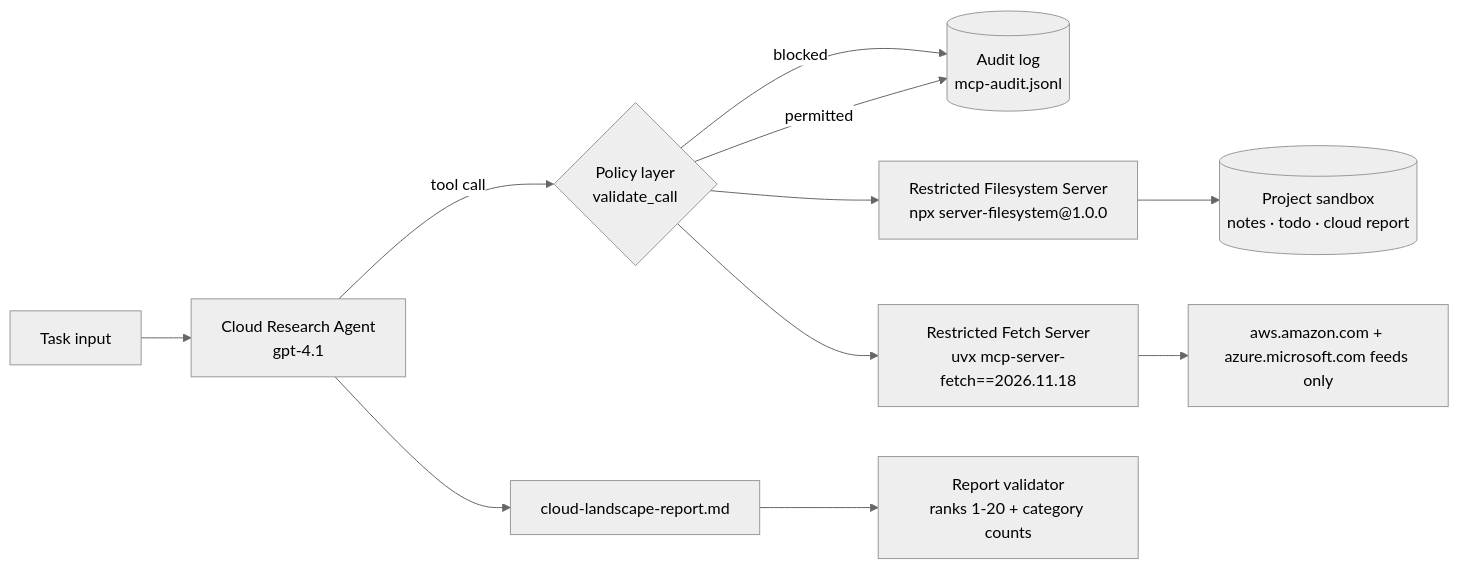
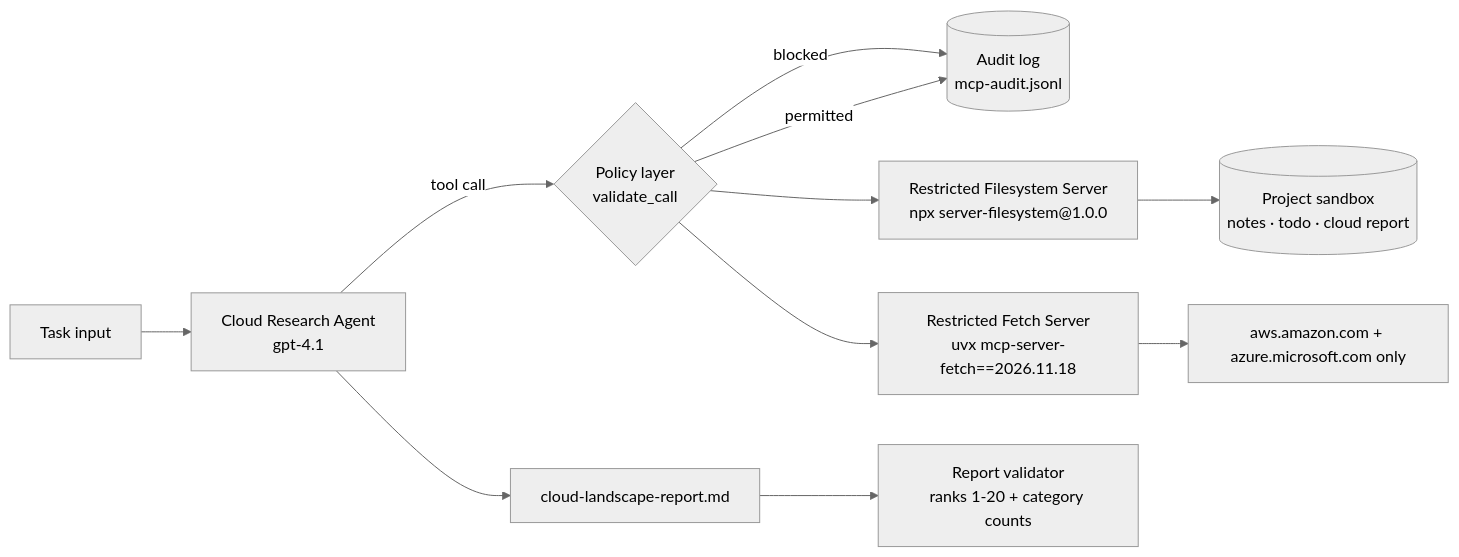
Before and after one commit to emran-Automation-Techlead/hardened-mcp-research-agent: the diagram in README.md, drawn with Mermaid (neutral theme). The commit also changed other lines of this file and 13 other files, not shown here.

````diff
--- a/README.md
+++ b/README.md
@@ -24,13 +24,13 @@
 ```mermaid
 flowchart LR
     U[Task input] --> A[Cloud Research Agent<br/>gpt-4.1]
     A -->|tool call| P{Policy layer<br/>validate_call}
     P -->|blocked| L[(Audit log<br/>mcp-audit.jsonl)]
     P -->|permitted| L
     P --> FS[Restricted Filesystem Server<br/>npx server-filesystem@1.0.0]
     P --> FE[Restricted Fetch Server<br/>uvx mcp-server-fetch==2026.11.18]
     FS --> W[(Project sandbox<br/>notes · todo · cloud report)]
-    FE --> H[aws.amazon.com + azure.microsoft.com feeds only]
+    FE --> H[aws.amazon.com + azure.microsoft.com only]
     A --> R[cloud-landscape-report.md]
     R --> V[Report validator<br/>ranks 1-20 + category counts]
 ```
````
